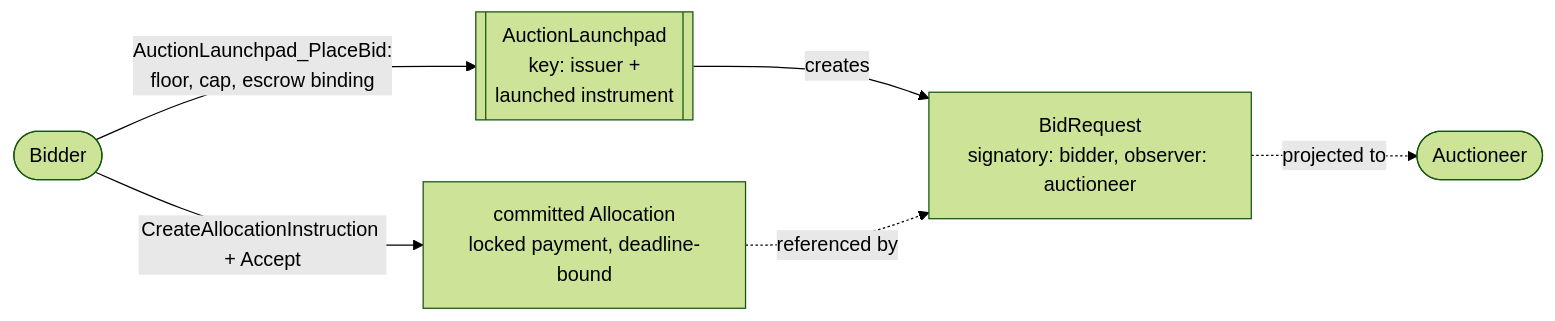
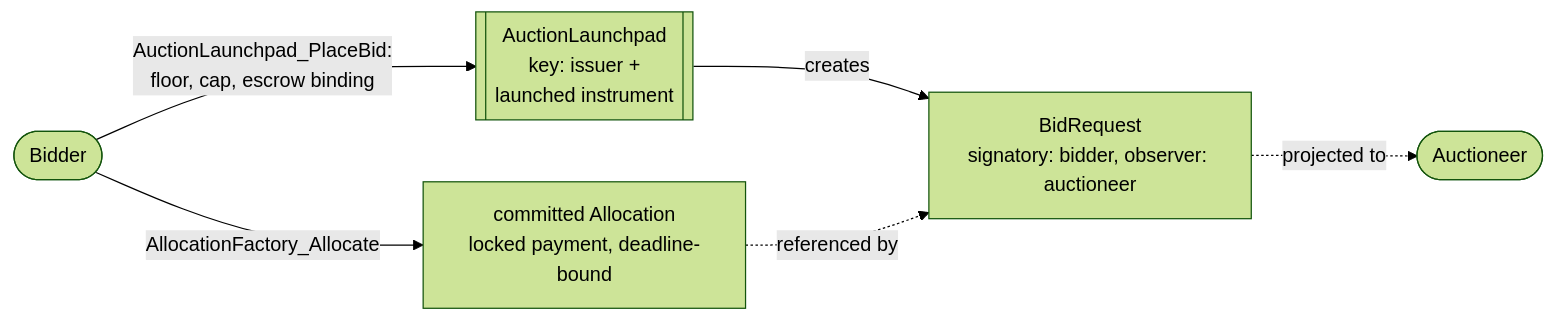
The third of 5 diagrams in docs/reference-architectures/confidential-auction.md (OpenZeppelin/canton-specs), drawn with Mermaid (forest theme) before and after one commit. The commit also changed other lines of this file and 4 other files, not shown here.

````diff
--- a/docs/reference-architectures/confidential-auction.md
+++ b/docs/reference-architectures/confidential-auction.md
@@ -246,14 +246,14 @@
 ```mermaid
 flowchart LR
     Bidder([Bidder])
     Auctioneer([Auctioneer])
     Escrow["committed Allocation<br/>locked payment, deadline-bound"]
     Bid["BidRequest<br/>signatory: bidder, observer: auctioneer"]
     LP[["AuctionLaunchpad<br/>key: issuer +<br/>launched instrument"]]
 
-    Bidder -->|"CreateAllocationInstruction + Accept"| Escrow
+    Bidder -->|"AllocationFactory_Allocate"| Escrow
     Bidder -->|"AuctionLaunchpad_PlaceBid:<br/>floor, cap, escrow binding"| LP
     LP -->|"creates"| Bid
     Escrow -.->|"referenced by"| Bid
     Bid -.->|"projected to"| Auctioneer
 ```
````
